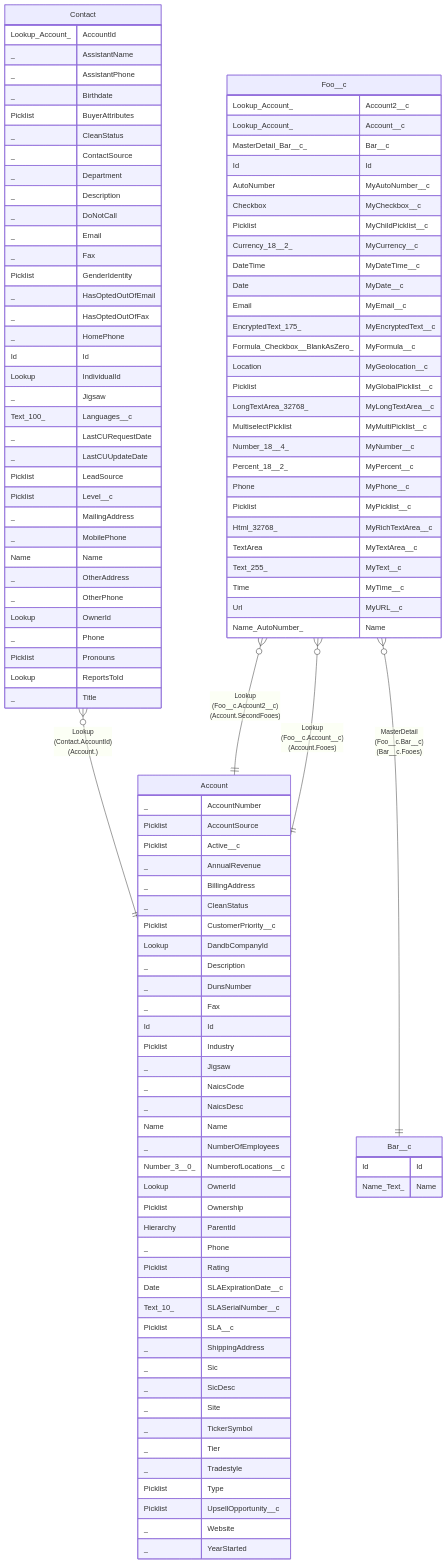
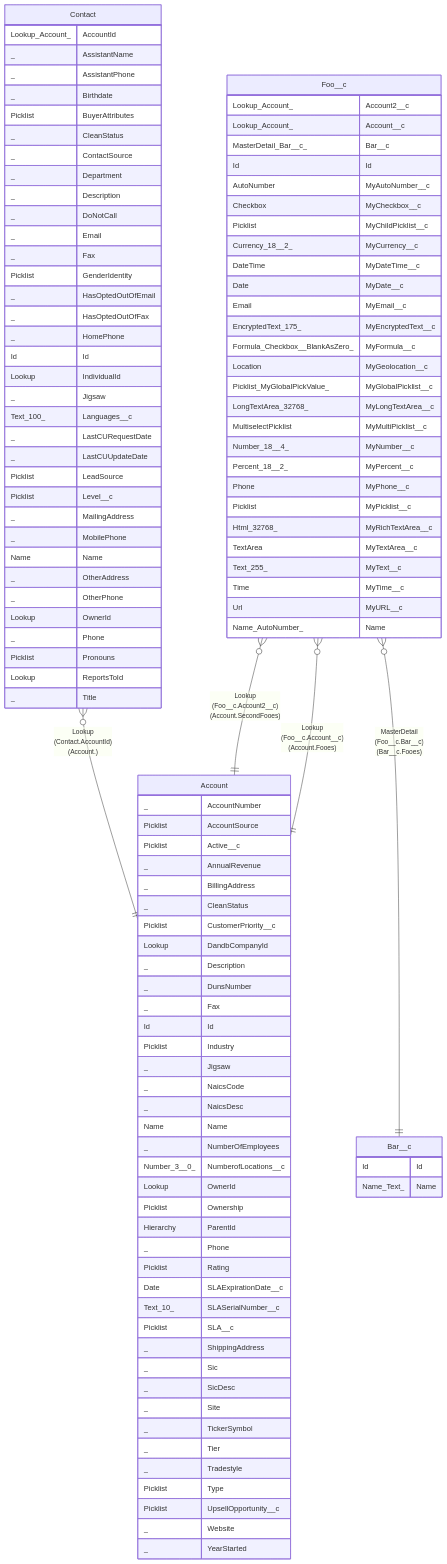
One commit to shellyln/tbls-driver-sf-cli-meta changed the diagram in sample/viewpoint-0.md. Above: the diagram before and after it, drawn with Mermaid. The commit also changed 3 other files, not shown here.

```diff
--- a/sample/viewpoint-0.md
+++ b/sample/viewpoint-0.md
@@ -34,15 +34,15 @@
 "Contact" }o--|| "Account" : "Lookup
 (Contact.AccountId)
 (Account.)"
+"Foo__c" }o--|| "Bar__c" : "MasterDetail
+(Foo__c.Bar__c)
+(Bar__c.Fooes)"
 "Foo__c" }o--|| "Account" : "Lookup
 (Foo__c.Account2__c)
 (Account.SecondFooes)"
 "Foo__c" }o--|| "Account" : "Lookup
 (Foo__c.Account__c)
 (Account.Fooes)"
-"Foo__c" }o--|| "Bar__c" : "MasterDetail
-(Foo__c.Bar__c)
-(Bar__c.Fooes)"
 
 "Account" {
   _ AccountNumber
@@ -139,7 +139,7 @@
   EncryptedText_175_ MyEncryptedText__c
   Formula_Checkbox__BlankAsZero_ MyFormula__c
   Location MyGeolocation__c
-  Picklist MyGlobalPicklist__c
+  Picklist_MyGlobalPickValue_ MyGlobalPicklist__c
   LongTextArea_32768_ MyLongTextArea__c
   MultiselectPicklist MyMultiPicklist__c
   Number_18__4_ MyNumber__c
```
